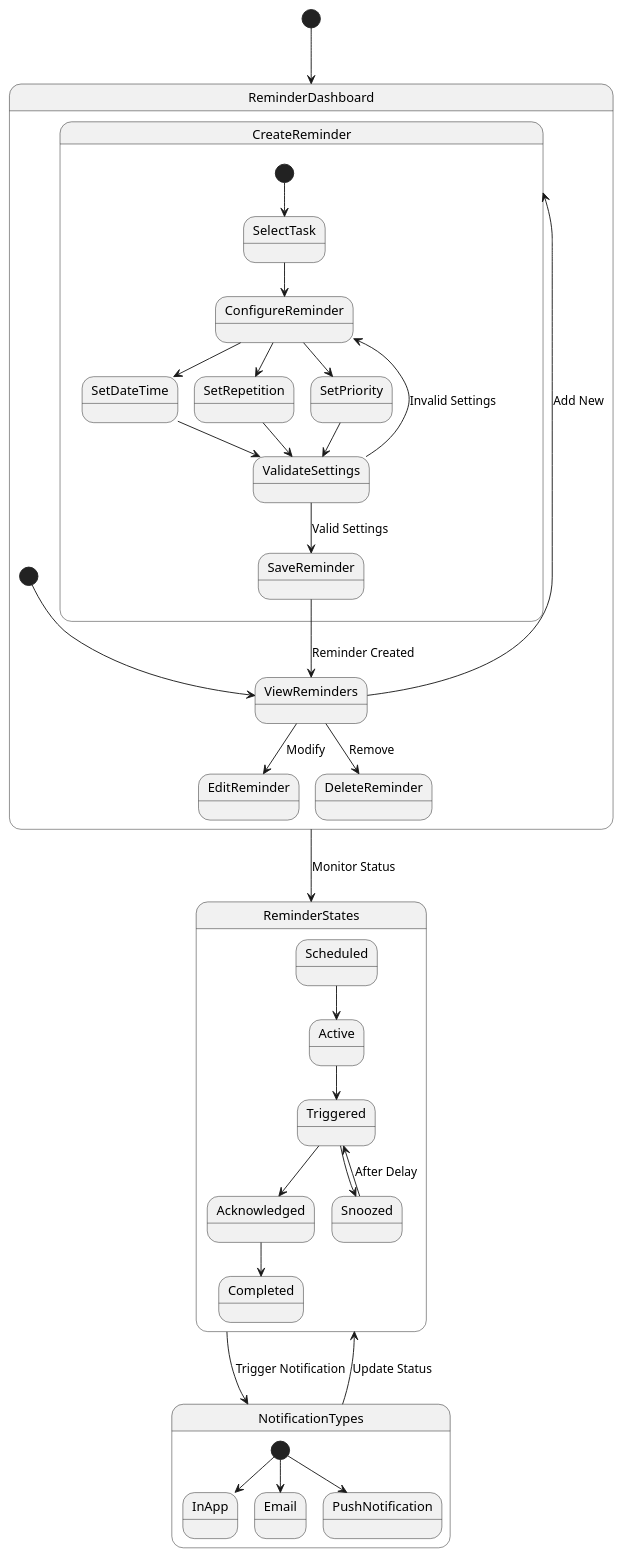
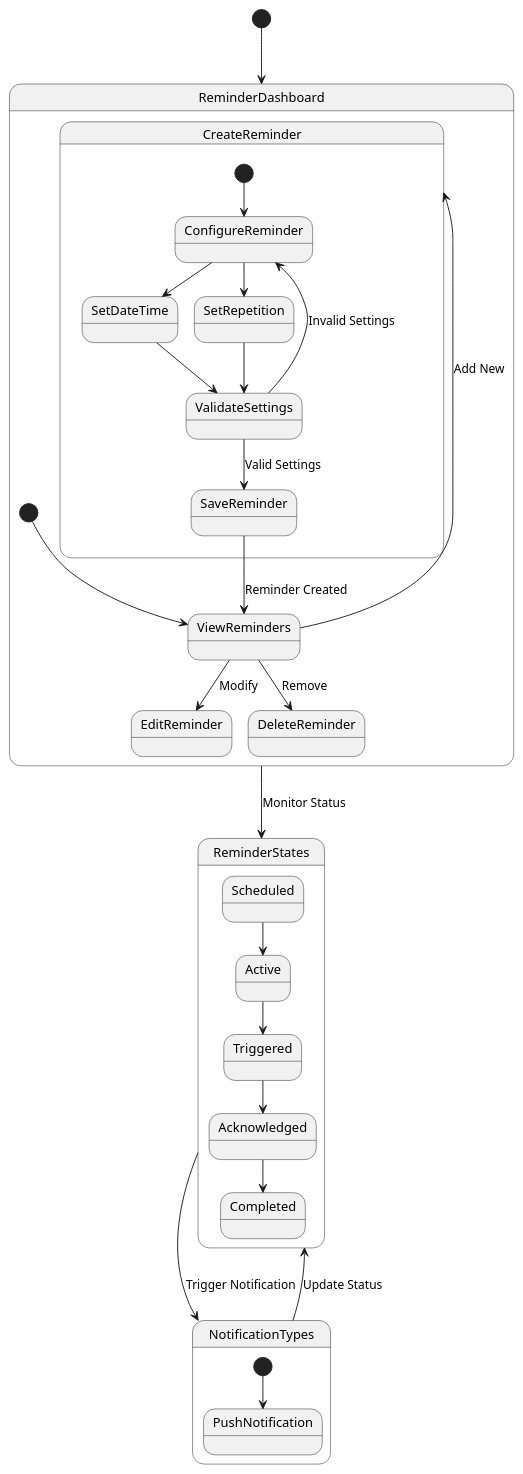
Before and after one commit to rofidakhaled/On-Time: the diagram in diagrams/reminder_system_state.puml, drawn with PlantUML. The commit also changed 7 other files, not shown here.

Commit message:
updated state diagrams

```diff
--- a/diagrams/reminder_system_state.puml
+++ b/diagrams/reminder_system_state.puml
@@ -1,45 +1,40 @@
 @startuml Reminder System State Diagram
 
 [*] --> ReminderDashboard
 
 state ReminderDashboard {
     [*] --> ViewReminders
     ViewReminders --> CreateReminder : Add New
     ViewReminders --> EditReminder : Modify
     ViewReminders --> DeleteReminder : Remove
 }
 
 state CreateReminder {
-    [*] --> SelectTask
-    SelectTask --> ConfigureReminder
+
+    [*] --> ConfigureReminder
     ConfigureReminder --> SetDateTime
     ConfigureReminder --> SetRepetition
-    ConfigureReminder --> SetPriority
+
     SetDateTime --> ValidateSettings
     SetRepetition --> ValidateSettings
-    SetPriority --> ValidateSettings
     ValidateSettings --> SaveReminder : Valid Settings
     ValidateSettings --> ConfigureReminder : Invalid Settings
     SaveReminder --> ViewReminders : Reminder Created
 }
 
 state ReminderStates {
     Scheduled --> Active
     Active --> Triggered
     Triggered --> Acknowledged
-    Triggered --> Snoozed
-    Snoozed --> Triggered : After Delay
     Acknowledged --> Completed
 }
 
 state NotificationTypes {
-    [*] --> InApp
-    [*] --> Email
     [*] --> PushNotification
 }
 
 ReminderDashboard --> ReminderStates : Monitor Status
 ReminderStates --> NotificationTypes : Trigger Notification
 NotificationTypes --> ReminderStates : Update Status
 
 @enduml
```
